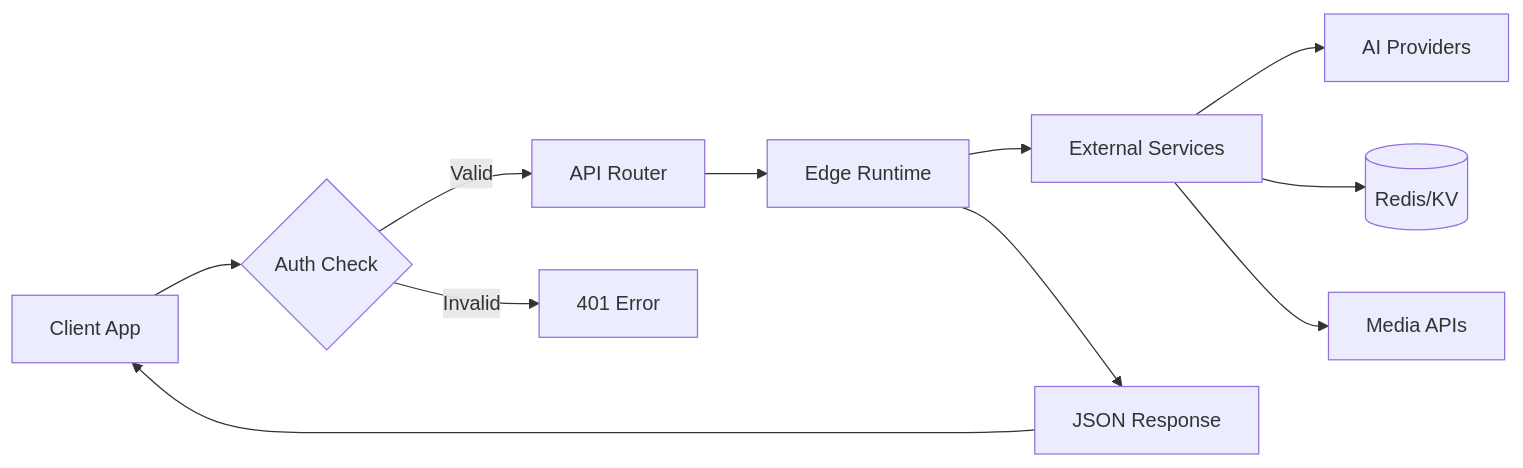
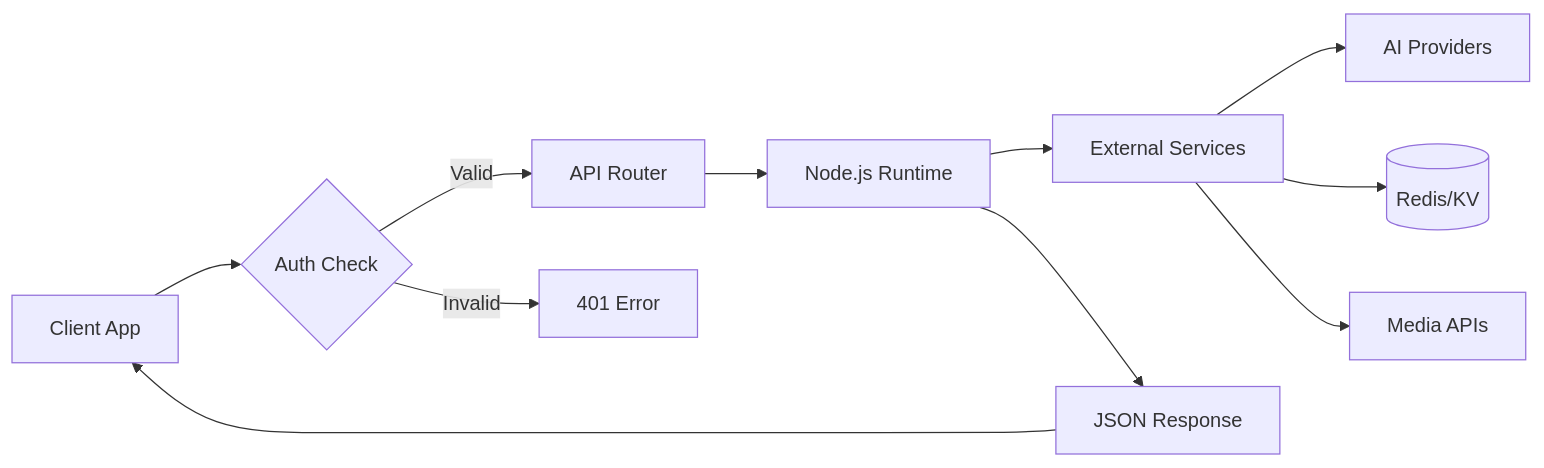
The first of 2 diagrams in docs/8-api-reference.md (ryokun6/ryos), drawn with Mermaid before and after one commit. The commit also changed other lines of this file and 17 other files, not shown here.

Commit message:
Update API documentation for Node runtime

````diff
--- a/docs/8-api-reference.md
+++ b/docs/8-api-reference.md
@@ -7,13 +7,13 @@
 ```mermaid
 graph LR
     Client[Client App] --> Auth{Auth Check}
     Auth -->|Valid| Router[API Router]
     Auth -->|Invalid| Error[401 Error]
-    Router --> Edge[Edge Runtime]
-    Edge --> Services[External Services]
+    Router --> API[Node.js Runtime]
+    API --> Services[External Services]
     Services --> AI[AI Providers]
     Services --> DB[(Redis/KV)]
     Services --> Media[Media APIs]
-    Edge --> Response[JSON Response]
+    API --> Response[JSON Response]
     Response --> Client
 ```
````
